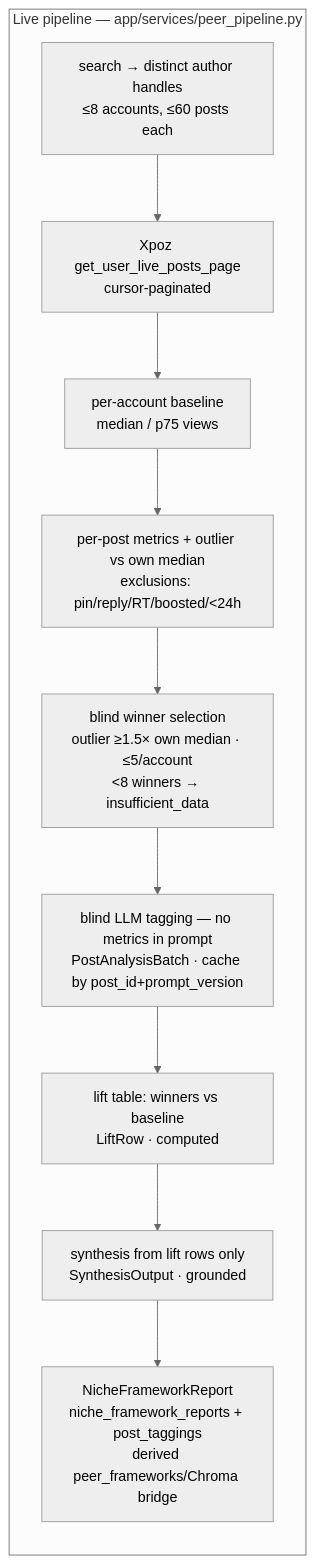
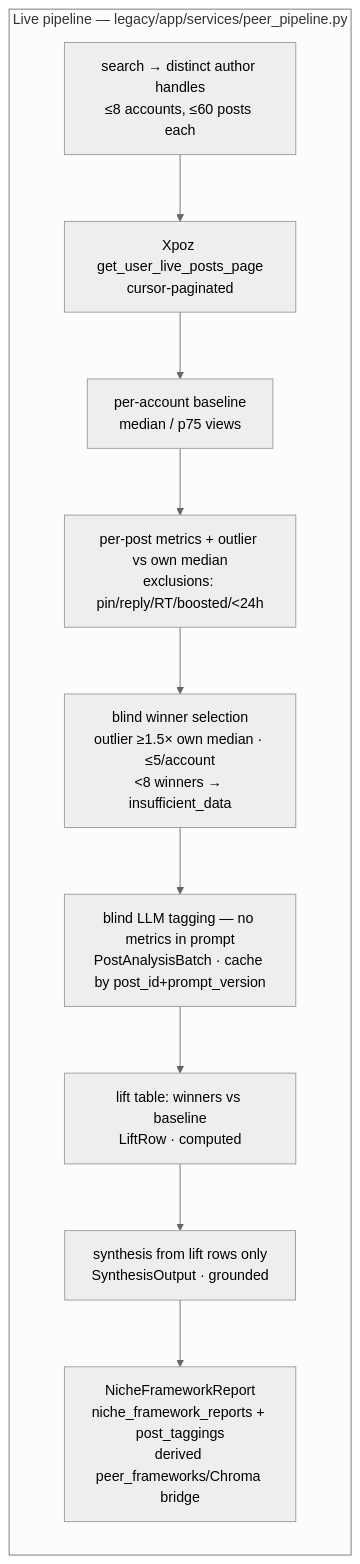
One commit to Ateh-Ugoji/Lumi-agent changed the second of 5 diagrams in lumi/docs/flow-map.md. Above: the diagram before and after it, drawn with Mermaid (neutral theme). The commit also changed other lines of this file and 13 other files, not shown here.

````diff
--- a/lumi/docs/flow-map.md
+++ b/lumi/docs/flow-map.md
@@ -220,13 +220,13 @@
 ```mermaid
 flowchart LR
-    subgraph live [Live pipeline — app/services/peer_pipeline.py]
+    subgraph live [Live pipeline — legacy/app/services/peer_pipeline.py]
         H[search → distinct author handles<br/>≤8 accounts, ≤60 posts each] --> F[Xpoz get_user_live_posts_page<br/>cursor-paginated]
         F --> B[per-account baseline<br/>median / p75 views]
         B --> M[per-post metrics + outlier vs own median<br/>exclusions: pin/reply/RT/boosted/&lt;24h]
         M --> W[blind winner selection<br/>outlier ≥1.5× own median · ≤5/account<br/>&lt;8 winners → insufficient_data]
         W --> T[blind LLM tagging — no metrics in prompt<br/>PostAnalysisBatch · cache by post_id+prompt_version]
         T --> L[lift table: winners vs baseline<br/>LiftRow · computed]
         L --> S[synthesis from lift rows only<br/>SynthesisOutput · grounded]
         S --> R[NicheFrameworkReport<br/>niche_framework_reports + post_taggings<br/>derived peer_frameworks/Chroma bridge]
     end
 ```
````
